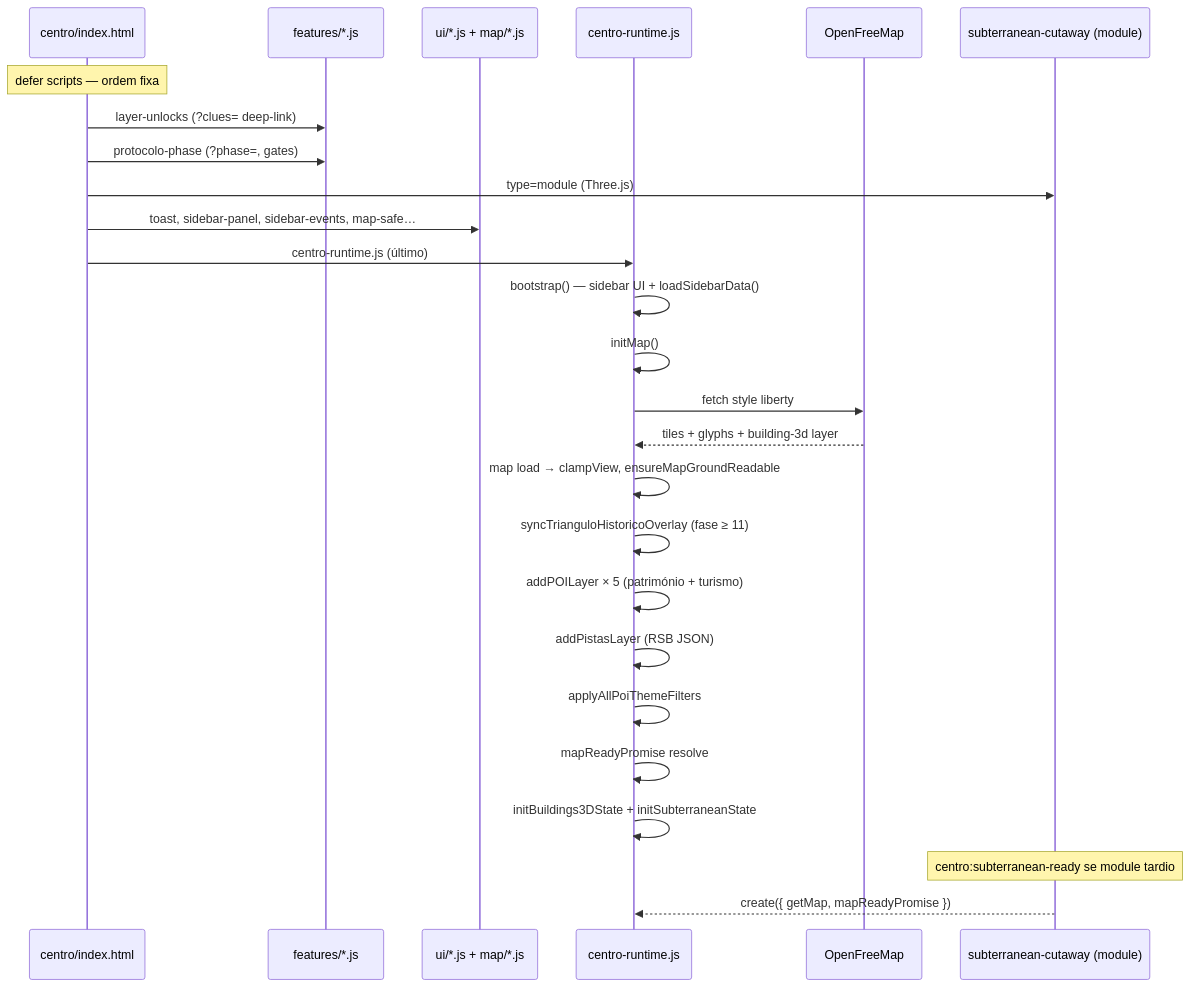
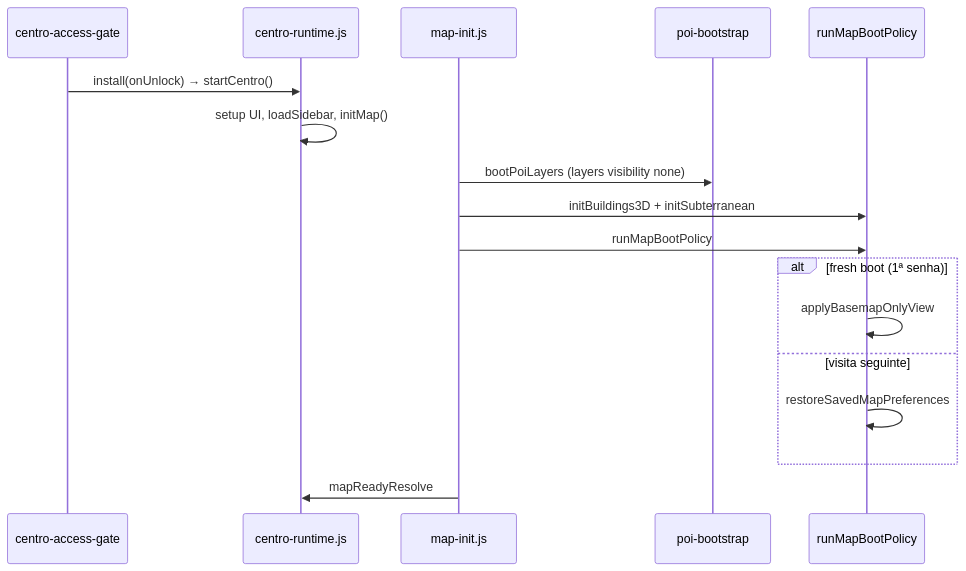
Before and after one commit to ewaguerra/dossie_centro: the diagram in docs/architecture/map-init-flow.md, drawn with Mermaid. The commit also changed other lines of this file and 11 other files, not shown here.

First line of the commit message:
Sync docs and deploy cache policy with hybrid boot and 21-layer catalog.

````diff
--- a/docs/architecture/map-init-flow.md
+++ b/docs/architecture/map-init-flow.md
@@ -15,32 +15,20 @@
 ```mermaid
 sequenceDiagram
-  participant HTML as centro/index.html
-  participant Feat as features/*.js
-  participant UI as ui/*.js + map/*.js
+  participant Gate as centro-access-gate
   participant RT as centro-runtime.js
-  participant OFM as OpenFreeMap
-  participant Sub as subterranean-cutaway (module)
+  participant Map as map-init.js
+  participant POI as poi-bootstrap
+  participant Policy as runMapBootPolicy
 
-  Note over HTML: defer scripts — ordem fixa
-  HTML->>Feat: layer-unlocks (?clues= deep-link)
-  HTML->>Feat: protocolo-phase (?phase=, gates)
-  HTML->>Sub: type=module (Three.js)
-  HTML->>UI: toast, sidebar-panel, sidebar-events, map-safe…
-  HTML->>RT: centro-runtime.js (último)
-
-  RT->>RT: bootstrap() — sidebar UI + loadSidebarData()
-  RT->>RT: initMap()
-  RT->>OFM: fetch style liberty
-  OFM-->>RT: tiles + glyphs + building-3d layer
-
-  RT->>RT: map load → clampView, ensureMapGroundReadable
-  RT->>RT: syncTrianguloHistoricoOverlay (fase ≥ 11)
-  RT->>RT: addPOILayer × 5 (património + turismo)
-  RT->>RT: addPistasLayer (RSB JSON)
-  RT->>RT: applyAllPoiThemeFilters
-  RT->>RT: mapReadyPromise resolve
-  RT->>RT: initBuildings3DState + initSubterraneanState
-
-  Note over Sub: centro:subterranean-ready se module tardio
-  Sub-->>RT: create({ getMap, mapReadyPromise })
+  Gate->>RT: install(onUnlock) → startCentro()
+  RT->>RT: setup UI, loadSidebar, initMap()
+  Map->>POI: bootPoiLayers (layers visibility none)
+  Map->>Policy: initBuildings3D + initSubterranean
+  Map->>Policy: runMapBootPolicy
+  alt fresh boot (1ª senha)
+    Policy->>Policy: applyBasemapOnlyView
+  else visita seguinte
+    Policy->>Policy: restoreSavedMapPreferences
+  end
+  Map->>RT: mapReadyResolve
 ```
````
